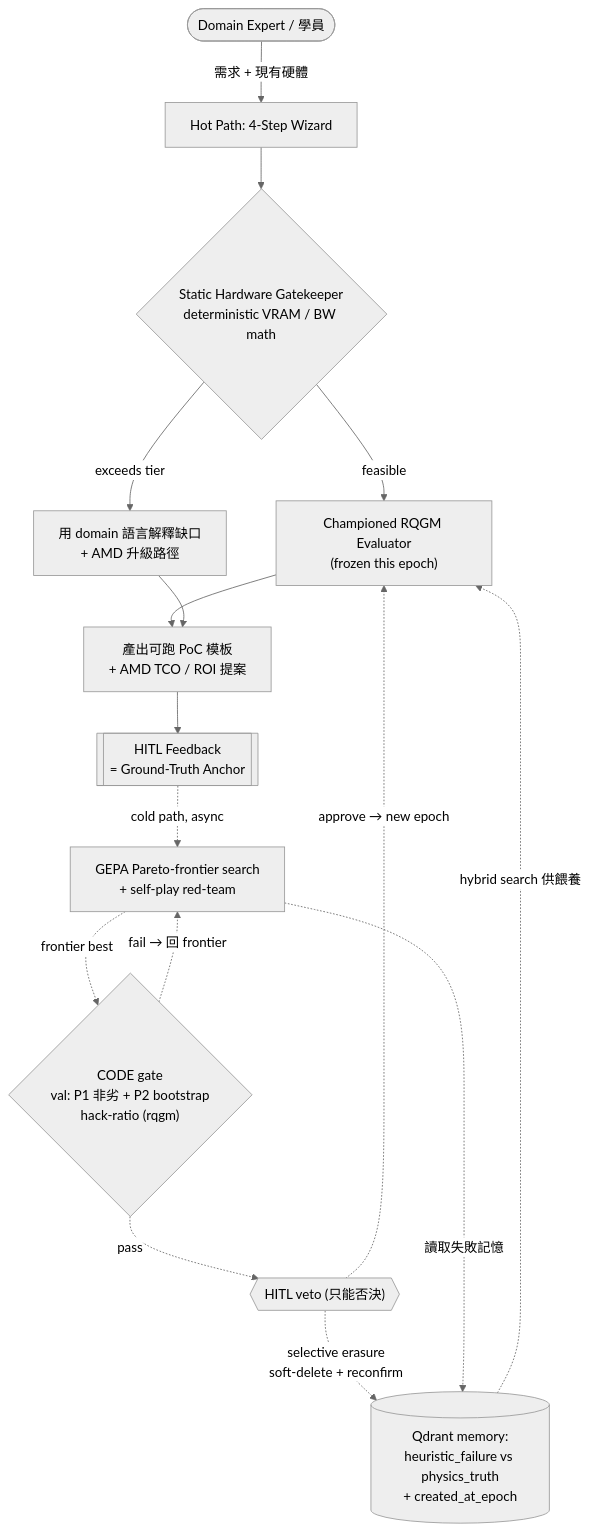
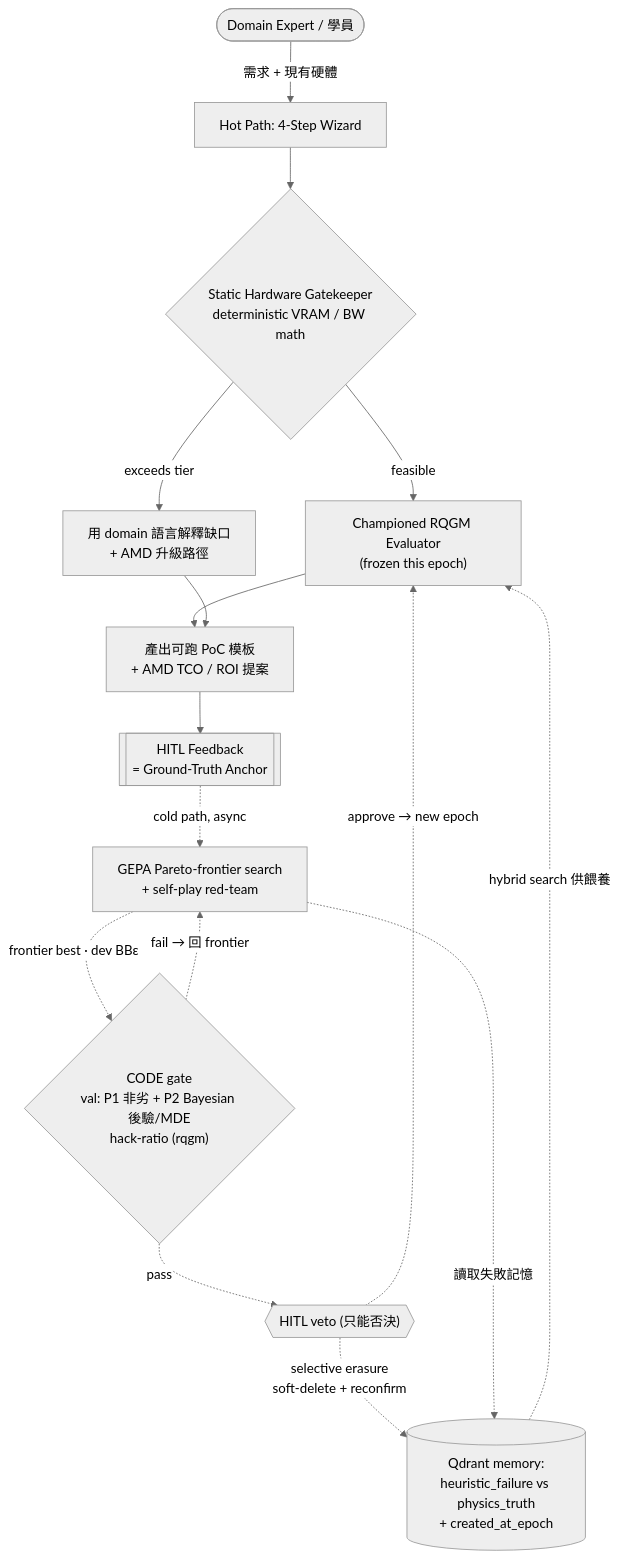
Before and after one commit to iiyyll01lin/yy-rqgm: the first of 2 diagrams in docs/blueprint.md, drawn with Mermaid (neutral theme). The commit also changed other lines of this file and 6 other files, not shown here.

First line of the commit message:
docs: reconcile gate/report contract (Bayesian P2, 4-split, monitors)

````diff
--- a/docs/blueprint.md
+++ b/docs/blueprint.md
@@ -65,18 +65,18 @@
 ```mermaid
 flowchart TD
     User(["Domain Expert / 學員"]) -->|"需求 + 現有硬體"| Wizard["Hot Path: 4-Step Wizard"]
     Wizard --> Gate{"Static Hardware Gatekeeper<br/>deterministic VRAM / BW math"}
     Gate -->|"feasible"| Judge["Championed RQGM Evaluator<br/>(frozen this epoch)"]
     Gate -->|"exceeds tier"| Upsell["用 domain 語言解釋缺口<br/>+ AMD 升級路徑"]
     Judge --> Export["產出可跑 PoC 模板<br/>+ AMD TCO / ROI 提案"]
     Upsell --> Export
     Export --> Feedback[["HITL Feedback<br/>= Ground-Truth Anchor"]]
     Feedback -.->|"cold path, async"| Loop["GEPA Pareto-frontier search<br/>+ self-play red-team"]
-    Loop -.->|"frontier best"| CodeGate{"CODE gate<br/>val: P1 非劣 + P2 bootstrap<br/>hack-ratio (rqgm)"}
+    Loop -.->|"frontier best · dev BBε"| CodeGate{"CODE gate<br/>val: P1 非劣 + P2 Bayesian 後驗/MDE<br/>hack-ratio (rqgm)"}
     CodeGate -.->|"fail → 回 frontier"| Loop
     CodeGate -.->|"pass"| EpochGate{{"HITL veto (只能否決)"}}
     EpochGate -.->|"approve → new epoch"| Judge
     EpochGate -.->|"selective erasure<br/>soft-delete + reconfirm"| Mem[("Qdrant memory:<br/>heuristic_failure vs physics_truth<br/>+ created_at_epoch")]
     Mem -.->|"hybrid search 供餵養"| Judge
     Loop -.->|"讀取失敗記憶"| Mem
 ```
````
